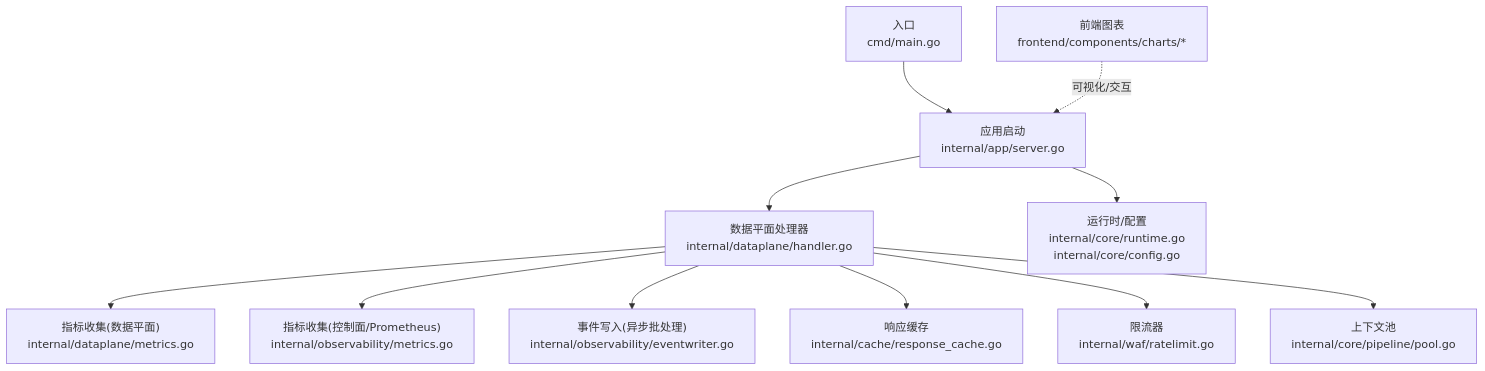
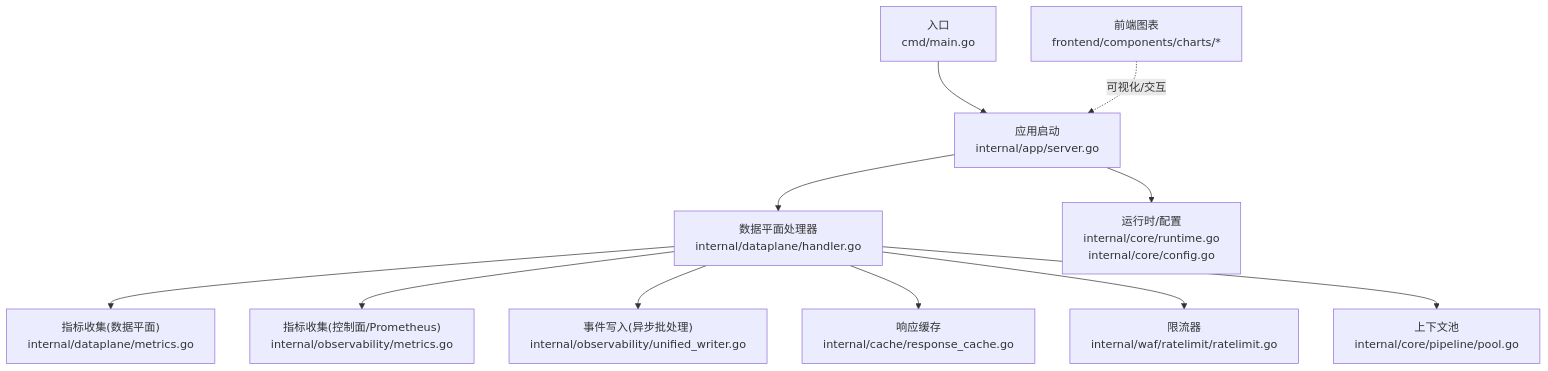
The first of 10 diagrams in docs/数据平面处理/性能监控与调优.md (x01n/My-OpenWaf), drawn with Mermaid before and after one commit. The commit also changed other lines of this file and 199 other files, not shown here.

````diff
--- a/docs/数据平面处理/性能监控与调优.md
+++ b/docs/数据平面处理/性能监控与调优.md
@@ -50,13 +52,13 @@
 ```mermaid
 graph TB
 A["入口<br/>cmd/main.go"] --> B["应用启动<br/>internal/app/server.go"]
 B --> C["数据平面处理器<br/>internal/dataplane/handler.go"]
 C --> D["指标收集(数据平面)<br/>internal/dataplane/metrics.go"]
 C --> E["指标收集(控制面/Prometheus)<br/>internal/observability/metrics.go"]
-C --> F["事件写入(异步批处理)<br/>internal/observability/eventwriter.go"]
+C --> F["事件写入(异步批处理)<br/>internal/observability/unified_writer.go"]
 C --> G["响应缓存<br/>internal/cache/response_cache.go"]
-C --> H["限流器<br/>internal/waf/ratelimit.go"]
+C --> H["限流器<br/>internal/waf/ratelimit/ratelimit.go"]
 C --> I["上下文池<br/>internal/core/pipeline/pool.go"]
 B --> J["运行时/配置<br/>internal/core/runtime.go<br/>internal/core/config.go"]
 K["前端图表<br/>frontend/components/charts/*"] -.->|"可视化/交互"| B
 ```
````
